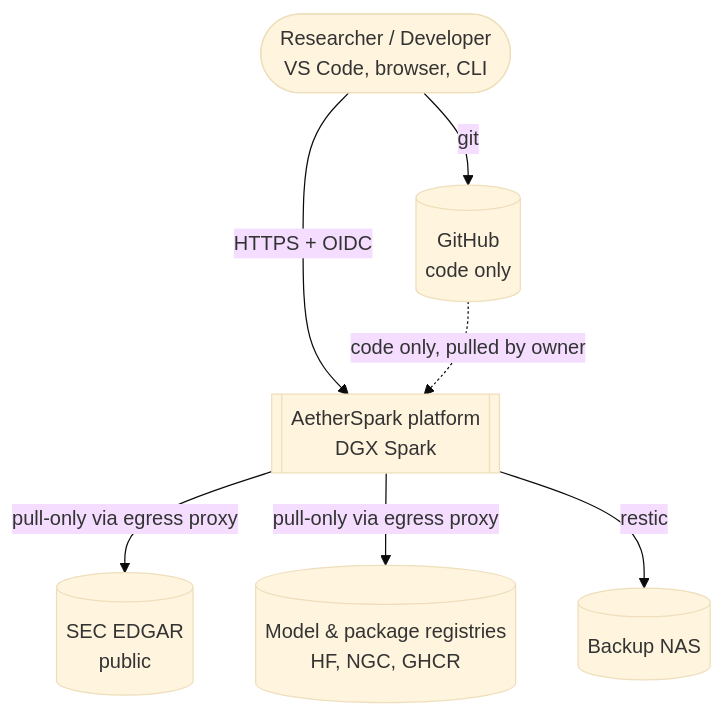
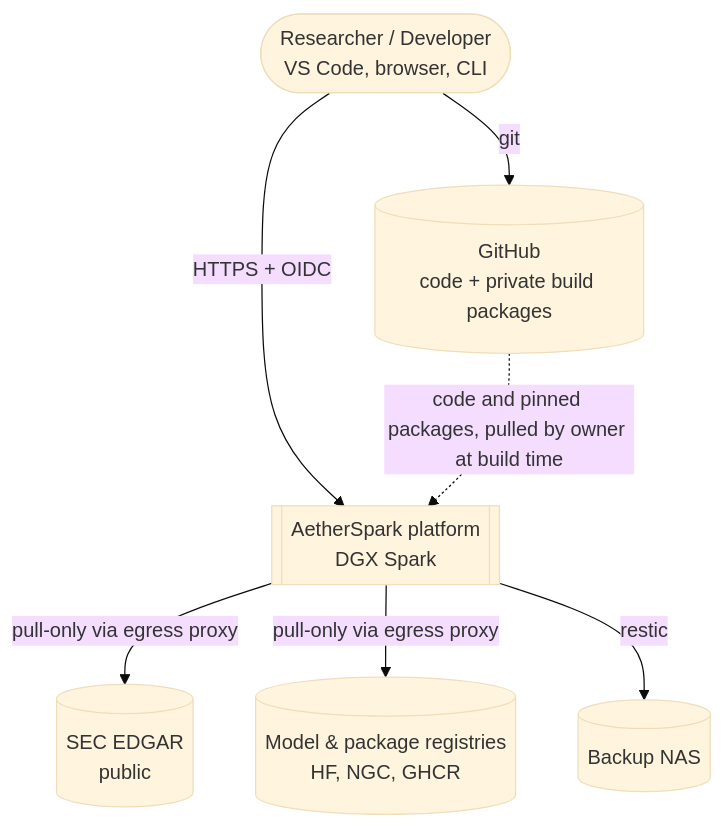
Before and after one commit to mpcs2013/aether-spark: the first of 2 diagrams in docs/architecture/c4.md, drawn with Mermaid (base theme). The commit also changed 9 other files, not shown here.

````diff
--- a/docs/architecture/c4.md
+++ b/docs/architecture/c4.md
@@ -4,15 +4,15 @@
 ```mermaid
 flowchart TB
   R([Researcher / Developer<br/>VS Code, browser, CLI])
   AS[[AetherSpark platform<br/>DGX Spark]]
   EDGAR[(SEC EDGAR<br/>public)]
   REG[(Model & package registries<br/>HF, NGC, GHCR)]
-  GH[(GitHub<br/>code only)]
+  GH[(GitHub<br/>code + private build packages)]
   NAS[(Backup NAS)]
   R -->|HTTPS + OIDC| AS
   AS -->|pull-only via egress proxy| EDGAR
   AS -->|pull-only via egress proxy| REG
   R -->|git| GH
-  GH -.->|code only, pulled by owner| AS
+  GH -.->|code and pinned packages, pulled by owner at build time| AS
   AS -->|restic| NAS
 ```
````
